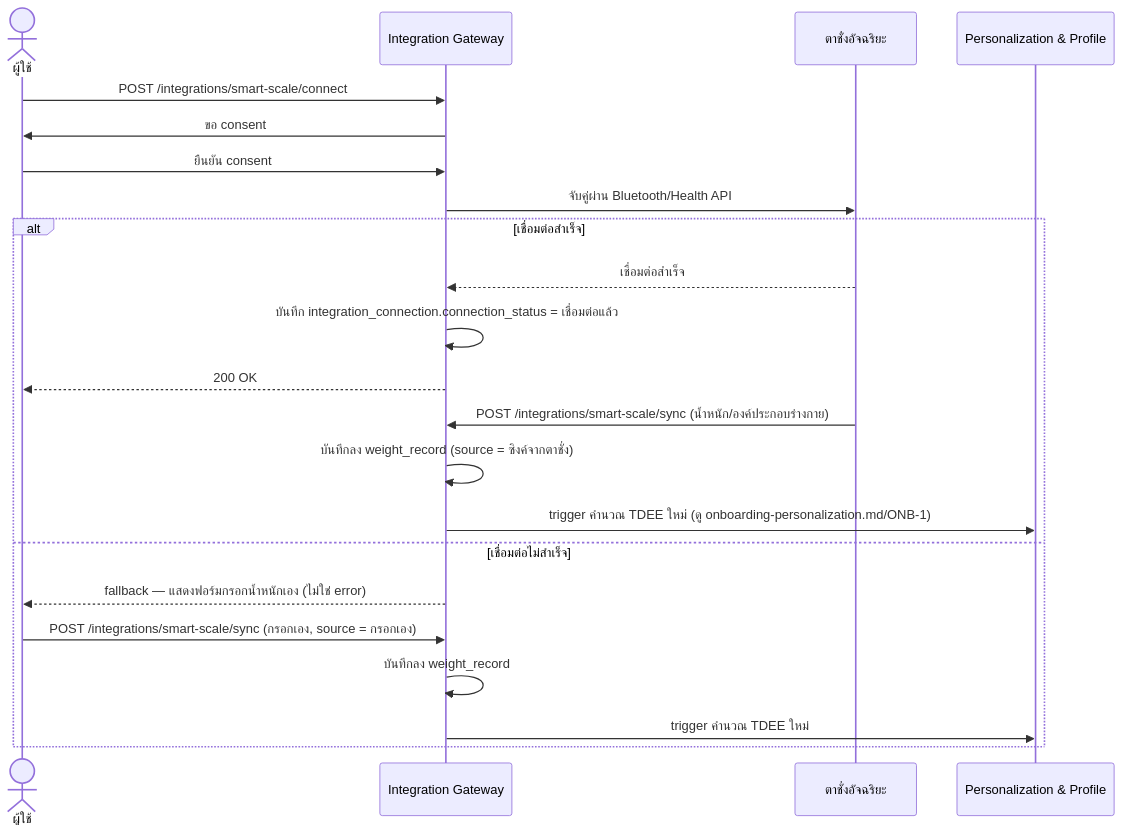
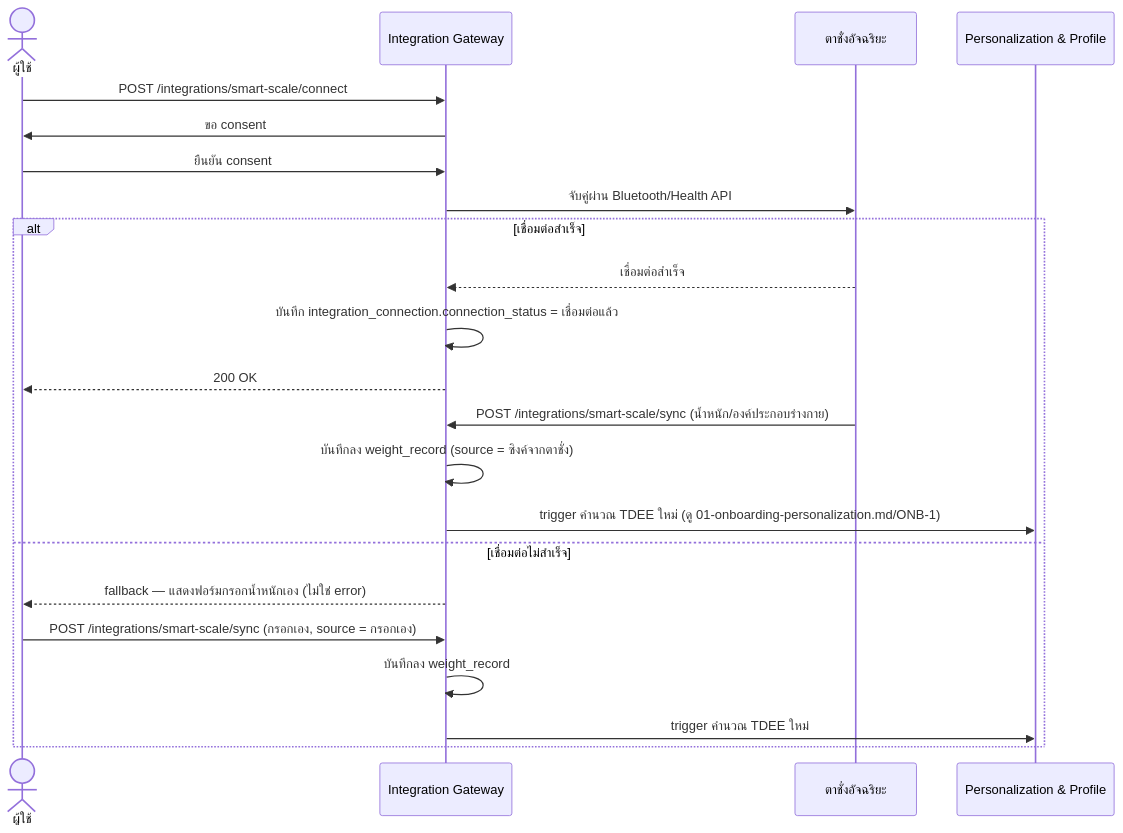
One commit to Kikofah/smartFit_daily changed the third of 4 diagrams in docs/02-design/02-technical/detailed-design/04-smart-integrations.md. Above: the diagram before and after it, drawn with Mermaid. The commit also changed other lines of this file and 4 other files, not shown here.

````diff
--- a/docs/02-design/02-technical/detailed-design/04-smart-integrations.md
+++ b/docs/02-design/02-technical/detailed-design/04-smart-integrations.md
@@ -78,24 +78,24 @@
 ```mermaid
 sequenceDiagram
     actor U as ผู้ใช้
     participant IG as Integration Gateway
     participant SC as ตาชั่งอัจฉริยะ
     participant PP as Personalization & Profile
     U->>IG: POST /integrations/smart-scale/connect
     IG->>U: ขอ consent
     U->>IG: ยืนยัน consent
     IG->>SC: จับคู่ผ่าน Bluetooth/Health API
     alt เชื่อมต่อสำเร็จ
         SC-->>IG: เชื่อมต่อสำเร็จ
         IG->>IG: บันทึก integration_connection.connection_status = เชื่อมต่อแล้ว
         IG-->>U: 200 OK
         SC->>IG: POST /integrations/smart-scale/sync (น้ำหนัก/องค์ประกอบร่างกาย)
         IG->>IG: บันทึกลง weight_record (source = ซิงค์จากตาชั่ง)
-        IG->>PP: trigger คำนวณ TDEE ใหม่ (ดู onboarding-personalization.md/ONB-1)
+        IG->>PP: trigger คำนวณ TDEE ใหม่ (ดู 01-onboarding-personalization.md/ONB-1)
     else เชื่อมต่อไม่สำเร็จ
         IG-->>U: fallback — แสดงฟอร์มกรอกน้ำหนักเอง (ไม่ใช่ error)
         U->>IG: POST /integrations/smart-scale/sync (กรอกเอง, source = กรอกเอง)
         IG->>IG: บันทึกลง weight_record
         IG->>PP: trigger คำนวณ TDEE ใหม่
     end
 ```
````
